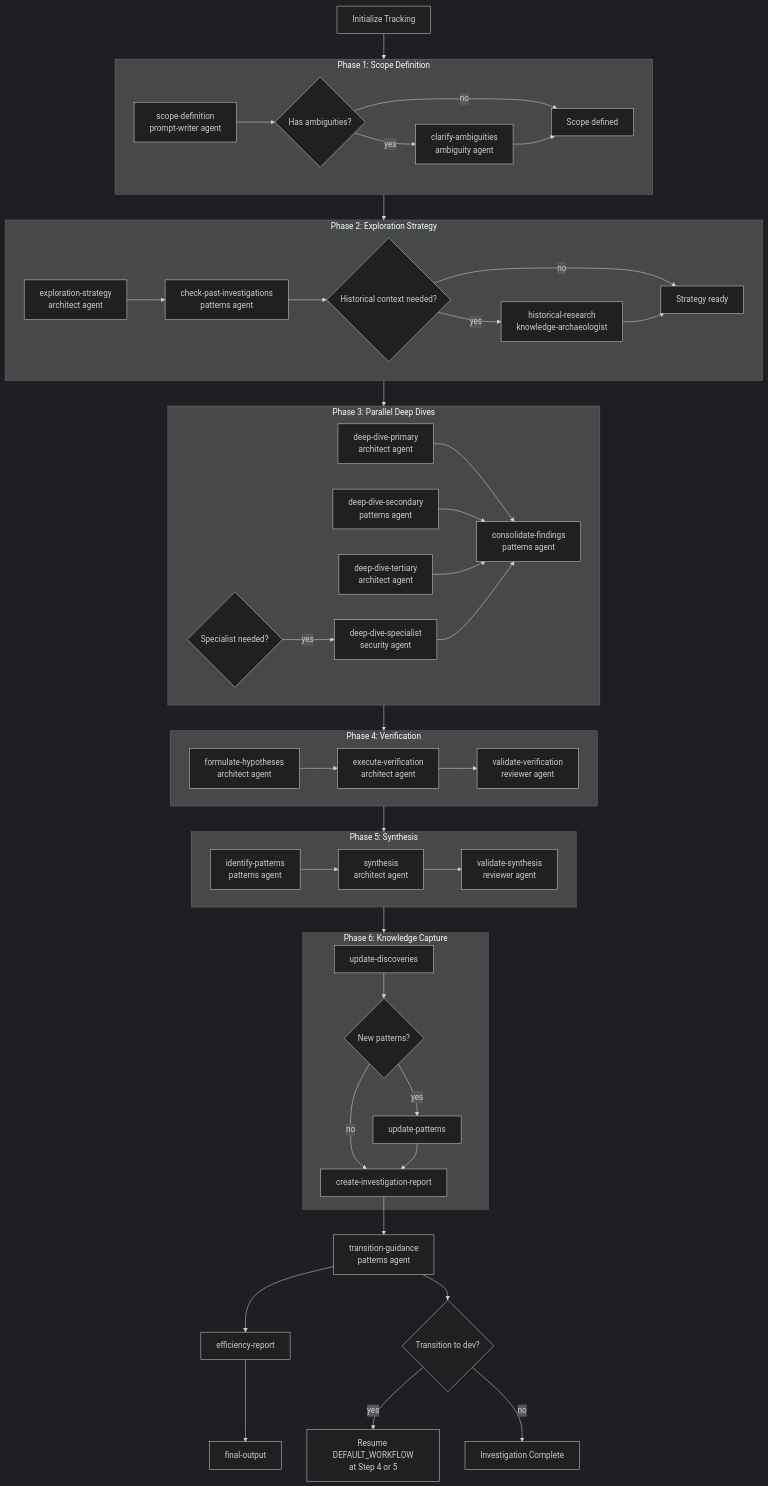
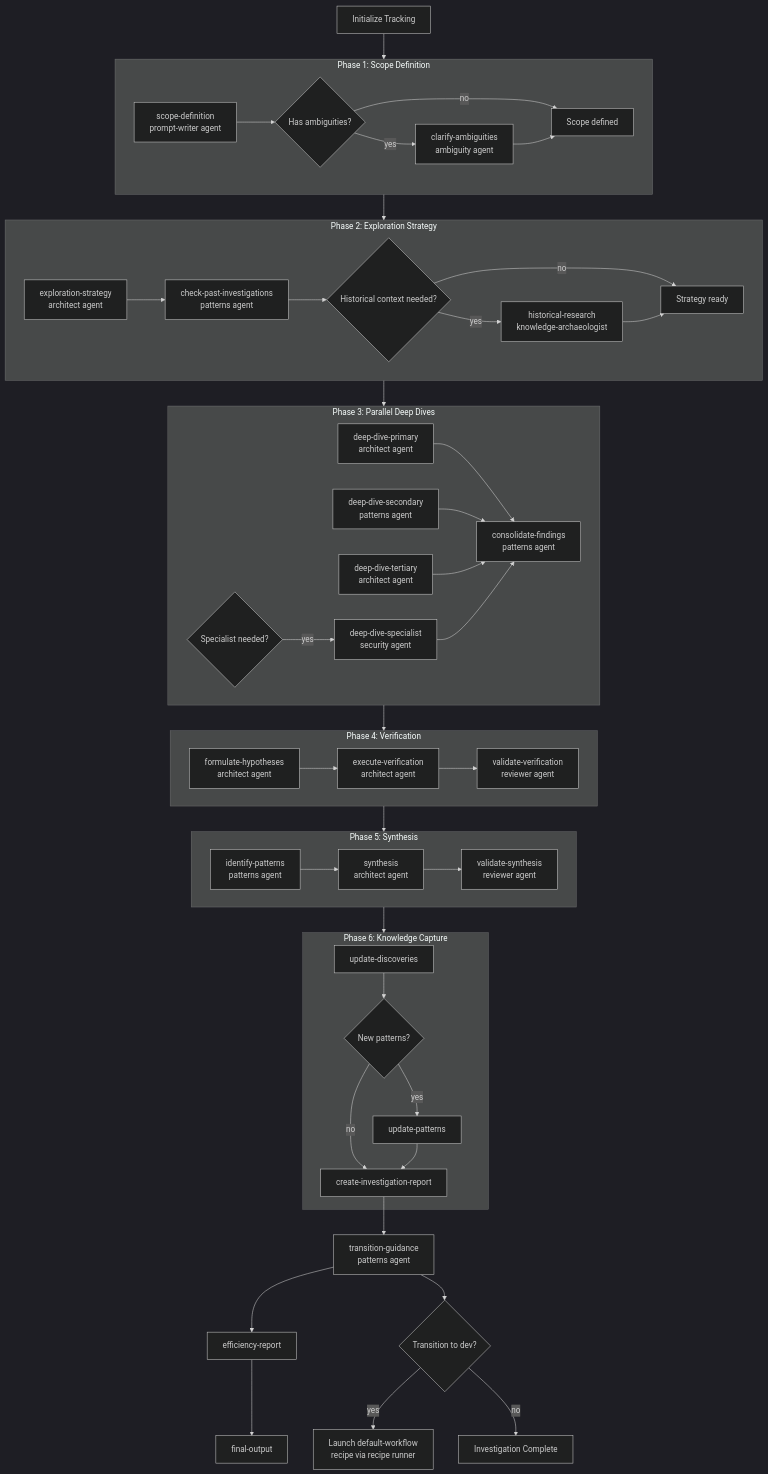
The diagram in .claude/skills/investigation-workflow/SKILL.md (rysweet/amplihack), drawn with Mermaid (dark theme) before and after one commit. The commit also changed other lines of this file and 1 other file, not shown here.

First line of the commit message:
fix: update default-workflow and investigation-workflow skills to use recipe runner

````diff
--- a/.claude/skills/investigation-workflow/SKILL.md
+++ b/.claude/skills/investigation-workflow/SKILL.md
@@ -29,56 +44,56 @@
 ```mermaid
 flowchart TD
     INIT[Initialize Tracking] --> P1
 
     subgraph P1["Phase 1: Scope Definition"]
         SCOPE[scope-definition<br/>prompt-writer agent] --> AMB{Has ambiguities?}
         AMB -->|yes| CLARIFY[clarify-ambiguities<br/>ambiguity agent]
         AMB -->|no| P1_OUT[Scope defined]
         CLARIFY --> P1_OUT
     end
 
     subgraph P2["Phase 2: Exploration Strategy"]
         STRAT[exploration-strategy<br/>architect agent] --> PAST[check-past-investigations<br/>patterns agent]
         PAST --> HIST{Historical context needed?}
         HIST -->|yes| ARCH[historical-research<br/>knowledge-archaeologist]
         HIST -->|no| P2_OUT[Strategy ready]
         ARCH --> P2_OUT
     end
 
     subgraph P3["Phase 3: Parallel Deep Dives"]
         DD1[deep-dive-primary<br/>architect agent]
         DD2[deep-dive-secondary<br/>patterns agent]
         DD3[deep-dive-tertiary<br/>architect agent]
         DD4{Specialist needed?}
         DD4 -->|yes| DDS[deep-dive-specialist<br/>security agent]
         DD1 & DD2 & DD3 --> CONSOL[consolidate-findings<br/>patterns agent]
         DDS --> CONSOL
     end
 
     subgraph P4["Phase 4: Verification"]
         HYP[formulate-hypotheses<br/>architect agent] --> EXEC[execute-verification<br/>architect agent]
         EXEC --> VAL[validate-verification<br/>reviewer agent]
     end
 
     subgraph P5["Phase 5: Synthesis"]
         PAT[identify-patterns<br/>patterns agent] --> SYN[synthesis<br/>architect agent]
         SYN --> VSYN[validate-synthesis<br/>reviewer agent]
     end
 
     subgraph P6["Phase 6: Knowledge Capture"]
         DISC[update-discoveries] --> PATN{New patterns?}
         PATN -->|yes| UPAT[update-patterns]
         PATN -->|no| RPT[create-investigation-report]
         UPAT --> RPT
     end
 
     P1 --> P2 --> P3 --> P4 --> P5 --> P6
 
     RPT --> TRANS[transition-guidance<br/>patterns agent]
     TRANS --> EFF[efficiency-report]
     EFF --> FINAL[final-output]
 
     TRANS --> TDEV{Transition to dev?}
-    TDEV -->|yes| DW[Resume DEFAULT_WORKFLOW<br/>at Step 4 or 5]
+    TDEV -->|yes| DW[Launch default-workflow<br/>recipe via recipe runner]
     TDEV -->|no| DONE[Investigation Complete]
 ```
````
